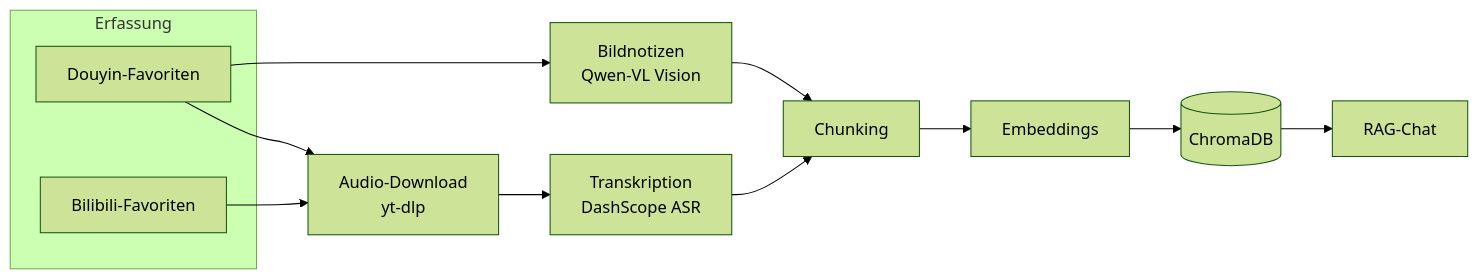
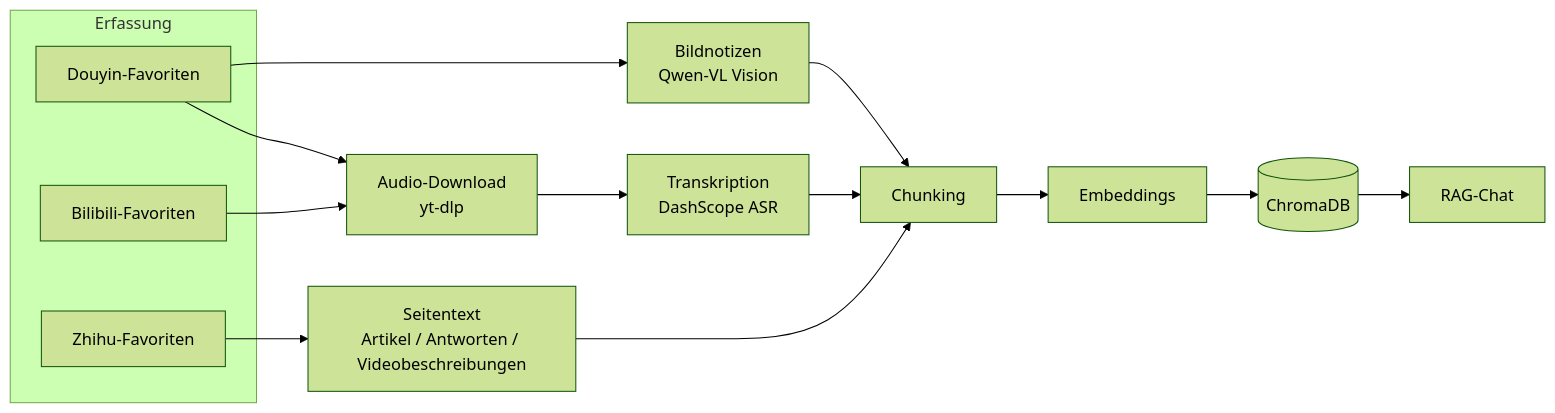
The diagram in docs/README.de.md (EypeZeo/Akasha-RAG), drawn with Mermaid (forest theme) before and after one commit. The commit also changed other lines of this file and 8 other files, not shown here.

````diff
--- a/docs/README.de.md
+++ b/docs/README.de.md
@@ -21,16 +29,19 @@
 ```mermaid
 flowchart LR
     subgraph col["Erfassung"]
         DY[Douyin-Favoriten]
         BILI[Bilibili-Favoriten]
+        ZH[Zhihu-Favoriten]
     end
     DY --> DL[Audio-Download<br/>yt-dlp]
     BILI --> DL
     DY --> IMG[Bildnotizen<br/>Qwen-VL Vision]
+    ZH --> TEXT[Seitentext<br/>Artikel / Antworten / Videobeschreibungen]
     DL --> ASR[Transkription<br/>DashScope ASR]
     ASR --> CHUNK[Chunking]
     IMG --> CHUNK
+    TEXT --> CHUNK
     CHUNK --> EMBED[Embeddings]
     EMBED --> VDB[(ChromaDB)]
     VDB --> CHAT[RAG-Chat]
 ```
````
